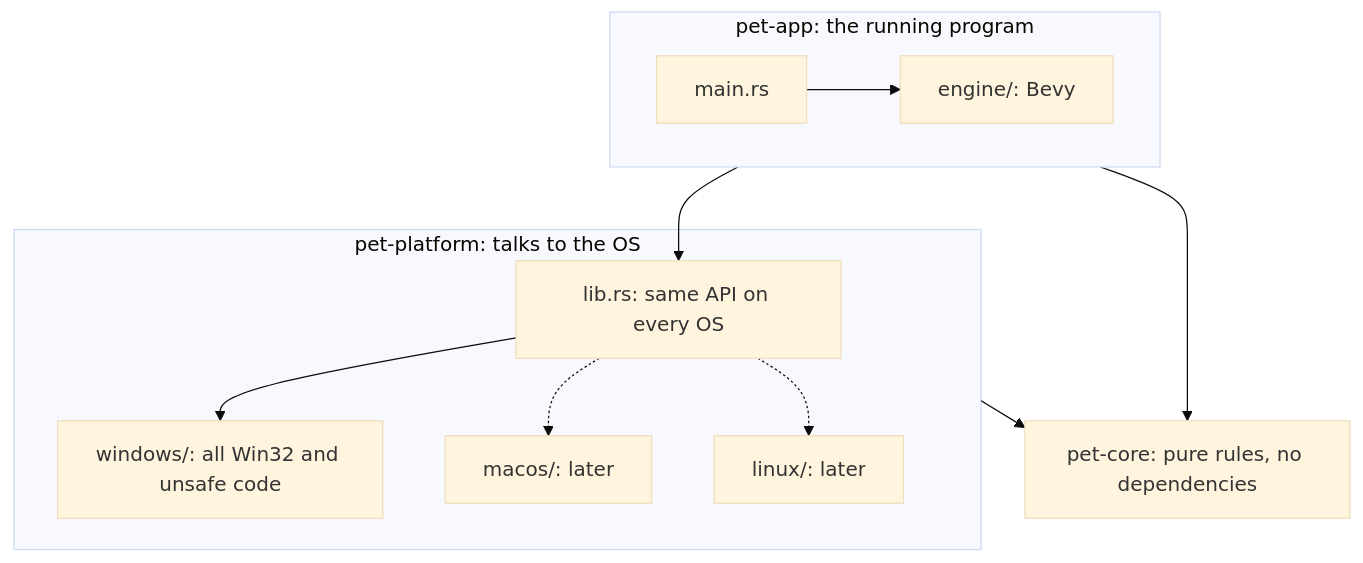
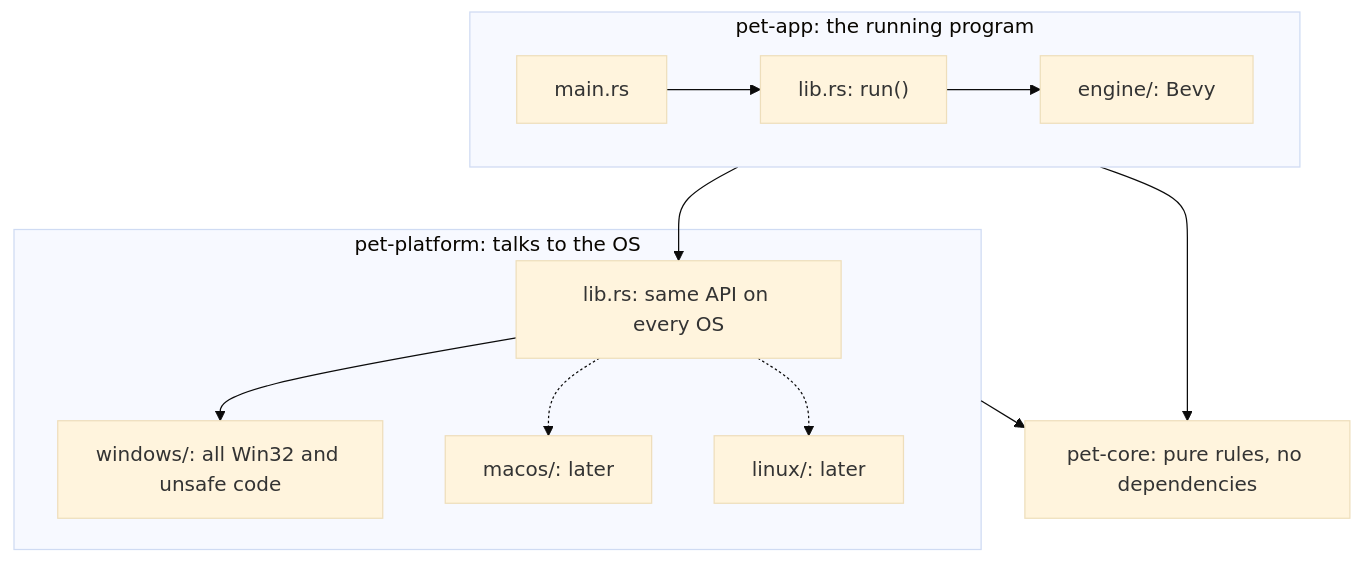
The first of 2 diagrams in docs/proposals/item-2-architecture.md (IFlynnI/Desktopet), drawn with Mermaid (base theme) before and after one commit. The commit also changed other lines of this file and 10 other files, not shown here.

````diff
--- a/docs/proposals/item-2-architecture.md
+++ b/docs/proposals/item-2-architecture.md
@@ -19,14 +19,14 @@
 ```mermaid
 flowchart TD
     subgraph app["pet-app: the running program"]
-        main["main.rs"] --> engine["engine/: Bevy"]
+        main["main.rs"] --> lib["lib.rs: run()"] --> engine["engine/: Bevy"]
     end
     subgraph platform["pet-platform: talks to the OS"]
         api["lib.rs: same API on every OS"] --> win["windows/: all Win32 and unsafe code"]
         api -.-> mac["macos/: later"]
         api -.-> linux["linux/: later"]
     end
     app --> api
     app --> core["pet-core: pure rules, no dependencies"]
     platform --> core
 ```
````
